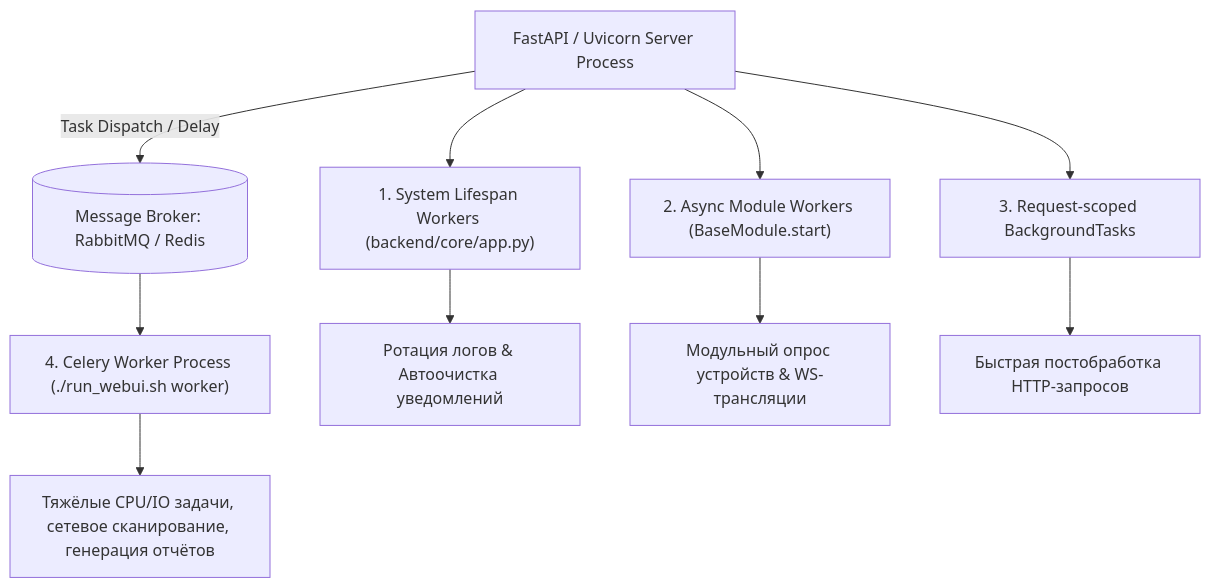
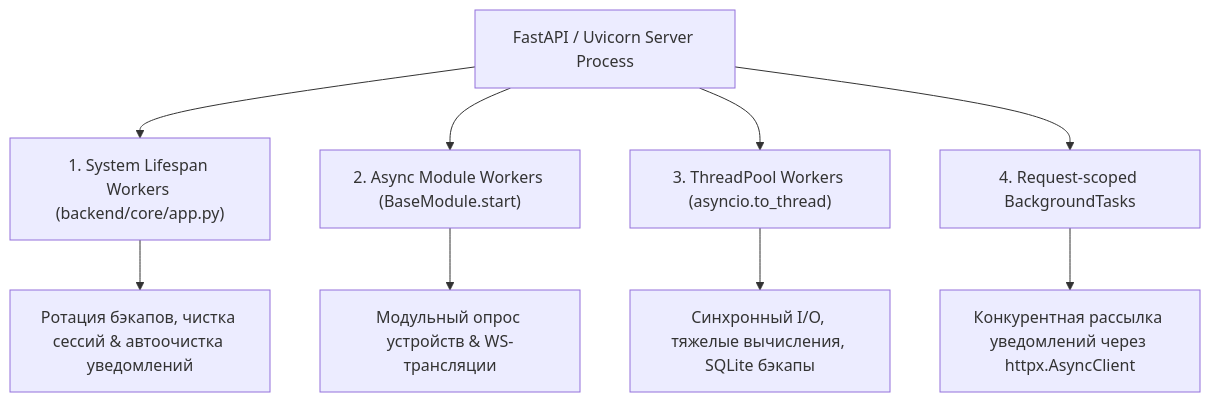
Before and after one commit to Apofixc/nms-webui: the first of 2 diagrams in docs/wiki/03-module-development/16-background-workers.md, drawn with Mermaid. The commit also changed other lines of this file and 2 other files, not shown here.

Commit message:
docs: update and clarify documentation for project overview, quickstart, and background workers

````diff
--- a/docs/wiki/03-module-development/16-background-workers.md
+++ b/docs/wiki/03-module-development/16-background-workers.md
@@ -15,13 +15,12 @@
 ```mermaid
 flowchart TD
     App[FastAPI / Uvicorn Server Process] --> LifespanWorker["1. System Lifespan Workers (backend/core/app.py)"]
     App --> AsyncWorker["2. Async Module Workers (BaseModule.start)"]
-    App --> BGTask["3. Request-scoped BackgroundTasks"]
-    App -- Task Dispatch / Delay --> Broker[(Message Broker: RabbitMQ / Redis)]
-    Broker --> CeleryProc["4. Celery Worker Process (./run_webui.sh worker)"]
+    App --> ThreadPoolWorker["3. ThreadPool Workers (asyncio.to_thread)"]
+    App --> BGTask["4. Request-scoped BackgroundTasks"]
 
-    LifespanWorker --> CoreCleanups[Ротация логов & Автоочистка уведомлений]
+    LifespanWorker --> CoreCleanups[Ротация бэкапов, чистка сессий & автоочистка уведомлений]
     AsyncWorker --> ModLogic[Модульный опрос устройств & WS-трансляции]
-    BGTask --> PostProcess[Быстрая постобработка HTTP-запросов]
-    CeleryProc --> HeavyJobs[Тяжёлые CPU/IO задачи, сетевое сканирование, генерация отчётов]
+    ThreadPoolWorker --> BlockingIO[Синхронный I/O, тяжелые вычисления, SQLite бэкапы]
+    BGTask --> PostProcess[Конкурентная рассылка уведомлений через httpx.AsyncClient]
 ```
````
